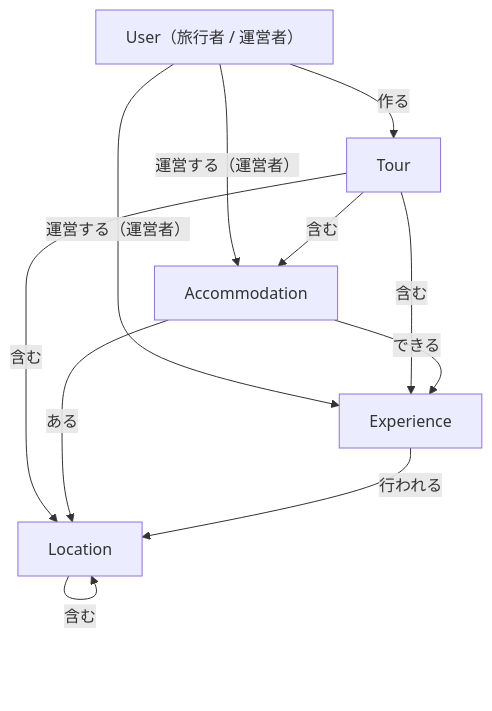
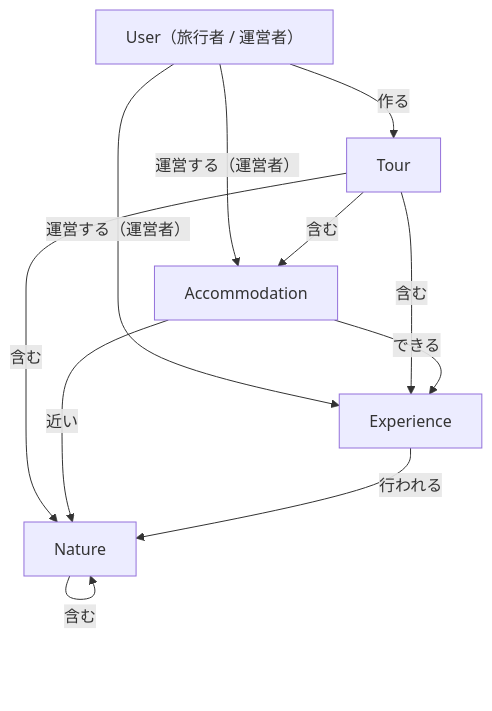
Before and after one commit to jsongold/wandrara: the diagram in docs/data-model.md, drawn with Mermaid. The commit also changed other lines of this file, not shown here.

Commit message:
Location を Nature に置き換える
Claude-Session: https://claude.ai/code/session_01M9oQ1iNjFN2eVxAQpz7ASN

````diff
--- a/docs/data-model.md
+++ b/docs/data-model.md
@@ -7,19 +7,19 @@
 ```mermaid
 flowchart TB
   User["User（旅行者 / 運営者）"]
   Tour
   Accommodation
   Experience
-  Location
+  Nature
 
   User -- 作る --> Tour
   User -- 運営する（運営者） --> Accommodation
   User -- 運営する（運営者） --> Experience
   Tour -- 含む --> Accommodation
   Tour -- 含む --> Experience
-  Tour -- 含む --> Location
+  Tour -- 含む --> Nature
   Accommodation -- できる --> Experience
-  Accommodation -- ある --> Location
-  Experience -- 行われる --> Location
-  Location -- 含む --> Location
+  Accommodation -- 近い --> Nature
+  Experience -- 行われる --> Nature
+  Nature -- 含む --> Nature
 ```
````
